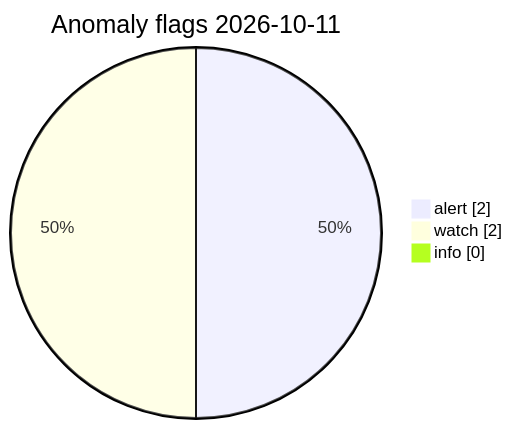
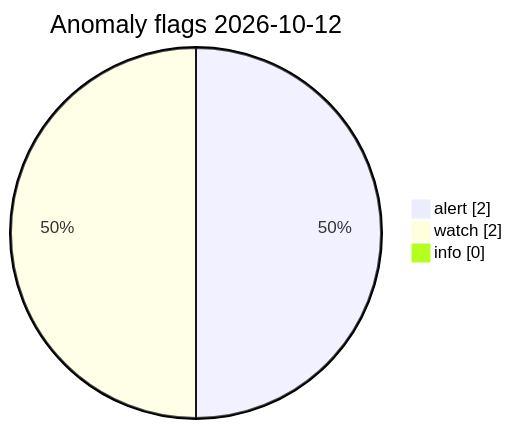
The diagram in visuals/latest/CHARTS.md (Midwest-Stratospheric/Unified-Open-Global-Weather), drawn with Mermaid before and after one commit. The commit also changed other lines of this file and 23 other files, not shown here.

Commit message:
data(visuals): automated charts 2026-10-12T12:36Z

````diff
--- a/visuals/latest/CHARTS.md
+++ b/visuals/latest/CHARTS.md
@@ -73,7 +73,7 @@
 ```mermaid
 pie showData
-  title Anomaly flags 2026-10-11
+  title Anomaly flags 2026-10-12
   "alert" : 2
   "watch" : 2
   "info" : 0
 ```
````
